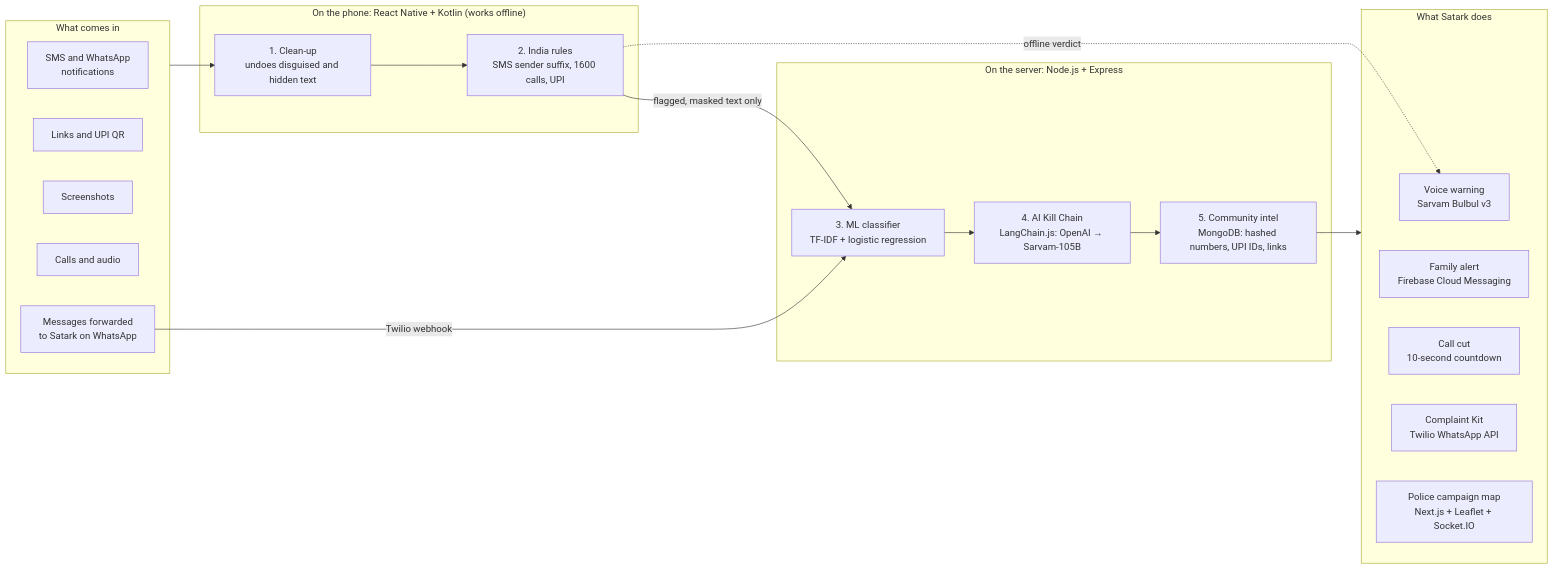
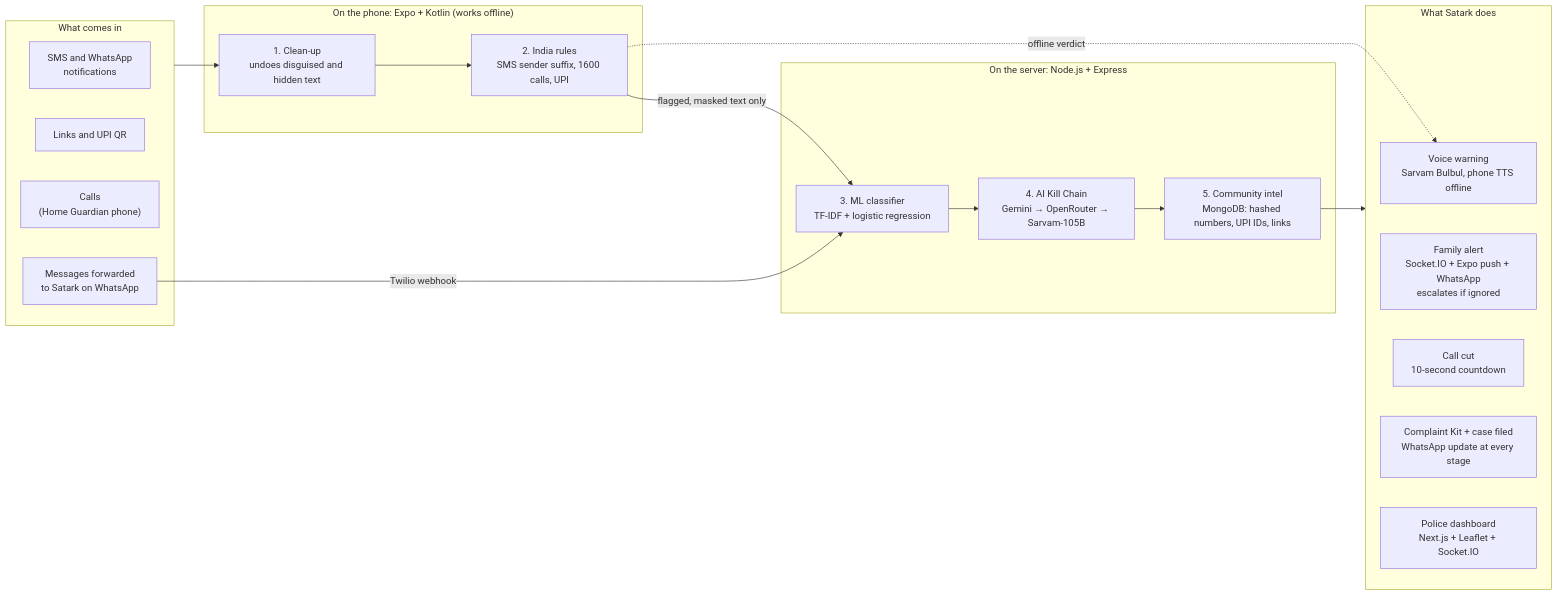
One commit to MR-SAIRAM-7/Satark changed the first of 4 diagrams in README.md. Above: the diagram before and after it, drawn with Mermaid. The commit also changed other lines of this file and 7 other files, not shown here.

````diff
--- a/README.md
+++ b/README.md
@@ -151,37 +153,36 @@
 ```mermaid
 flowchart LR
     subgraph IN["What comes in"]
         A1["SMS and WhatsApp<br/>notifications"]
         A2["Links and UPI QR"]
-        A3["Screenshots"]
-        A4["Calls and audio"]
+        A4["Calls<br/>(Home Guardian phone)"]
         A5["Messages forwarded<br/>to Satark on WhatsApp"]
     end
 
-    subgraph PHONE["On the phone: React Native + Kotlin (works offline)"]
+    subgraph PHONE["On the phone: Expo + Kotlin (works offline)"]
         L1["1. Clean-up<br/>undoes disguised and hidden text"]
         L2["2. India rules<br/>SMS sender suffix, 1600 calls, UPI"]
         L1 --> L2
     end
 
     subgraph SERVER["On the server: Node.js + Express"]
         L3["3. ML classifier<br/>TF-IDF + logistic regression"]
-        L4["4. AI Kill Chain<br/>LangChain.js: OpenAI → Sarvam-105B"]
+        L4["4. AI Kill Chain<br/>Gemini → OpenRouter → Sarvam-105B"]
         L5["5. Community intel<br/>MongoDB: hashed numbers, UPI IDs, links"]
         L3 --> L4 --> L5
     end
 
     subgraph OUT["What Satark does"]
-        O1["Voice warning<br/>Sarvam Bulbul v3"]
-        O2["Family alert<br/>Firebase Cloud Messaging"]
+        O1["Voice warning<br/>Sarvam Bulbul, phone TTS offline"]
+        O2["Family alert<br/>Socket.IO + Expo push + WhatsApp<br/>escalates if ignored"]
         O3["Call cut<br/>10-second countdown"]
-        O4["Complaint Kit<br/>Twilio WhatsApp API"]
-        O5["Police campaign map<br/>Next.js + Leaflet + Socket.IO"]
+        O4["Complaint Kit + case filed<br/>WhatsApp update at every stage"]
+        O5["Police dashboard<br/>Next.js + Leaflet + Socket.IO"]
     end
 
     IN --> L1
     A5 -->|Twilio webhook| L3
     L2 -->|flagged, masked text only| L3
     L5 --> OUT
     L2 -.->|offline verdict| O1
 ```
````
